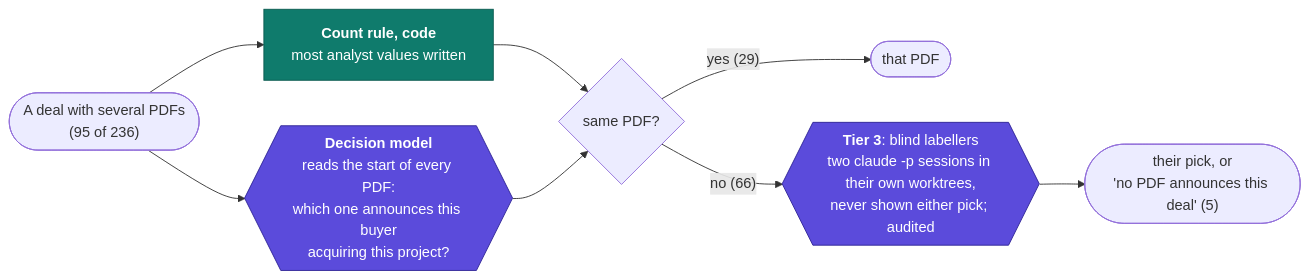
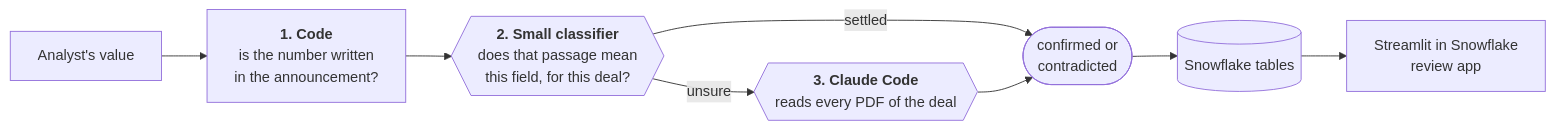
The diagram in README.md (mbessalle/snowflake-motherlode), drawn with Mermaid before and after one commit. The commit also changed other lines of this file and 3 other files, not shown here.

````diff
--- a/README.md
+++ b/README.md
@@ -545,15 +49,9 @@
 ```mermaid
 flowchart LR
-    P(["A deal with several PDFs<br/>(95 of 236)"]) --> C["<b>Count rule, code</b><br/>most analyst values written"]
-    P --> J{{"<b>Decision model</b><br/>reads the start of every PDF:<br/>which one announces this buyer<br/>acquiring this project?"}}
-    C --> Q{"same PDF?"}
-    J --> Q
-    Q -->|"yes (29)"| OK(["that PDF"])
-    Q -->|"no (66)"| L{{"<b>Tier 3</b>: blind labellers<br/>two claude -p sessions in their own worktrees,<br/>never shown either pick; audited"}}
-    L --> OK2(["their pick, or<br/>'no PDF announces this deal' (5)"])
-
-    classDef llm fill:#5b4bdb,stroke:#2f2496,color:#ffffff
-    classDef code fill:#0f7b6c,stroke:#0a5a4f,color:#ffffff
-    class J,L llm
-    class C code
+    V["Analyst's value"] --> C["<b>1. Code</b><br/>is the number written<br/>in the announcement?"]
+    C --> J{{"<b>2. Small classifier</b><br/>does that passage mean<br/>this field, for this deal?"}}
+    J -->|"settled"| R(["confirmed or<br/>contradicted"])
+    J -->|"unsure"| F{{"<b>3. Claude Code</b><br/>reads every PDF of the deal"}}
+    F --> R
+    R --> S[("Snowflake tables")] --> A["Streamlit in Snowflake<br/>review app"]
 ```
````
